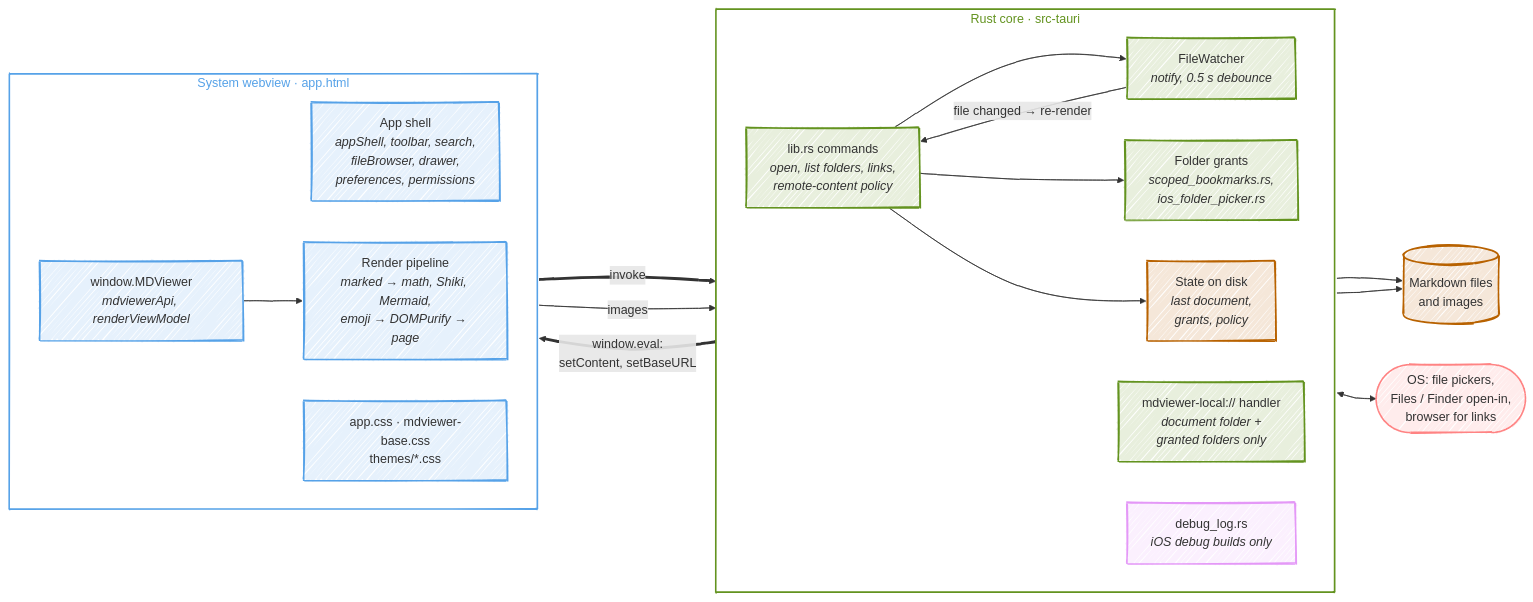
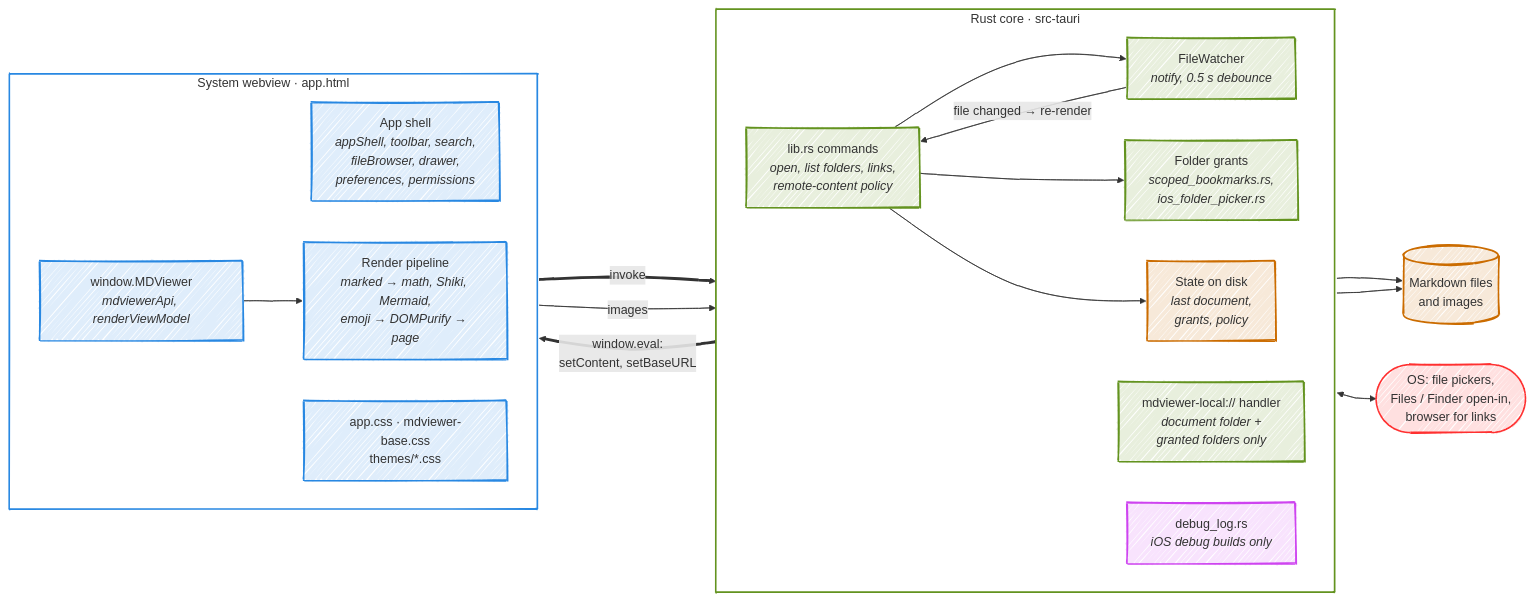
Before and after one commit to devicemanager/mdviewer: the first of 3 diagrams in docs/development/architecture.md, drawn with Mermaid. The commit also changed other lines of this file and 4 other files, not shown here.

First line of the commit message:
Make the doc diagrams readable in every theme, and test it

````diff
--- a/docs/development/architecture.md
+++ b/docs/development/architecture.md
@@ -21,53 +21,53 @@
 ```mermaid
 ---
 config:
   look: handDrawn
   fontFamily: "Comic Sans MS, Chalkboard SE, Segoe Print, cursive"
 ---
 flowchart LR
     subgraph rust["Rust core · src-tauri"]
         direction LR
         cmds["lib.rs commands<br/><i>open, list folders, links,<br/>remote-content policy</i>"]
         scheme["mdviewer-local:// handler<br/><i>document folder +<br/>granted folders only</i>"]
         watcher["FileWatcher<br/><i>notify, 0.5 s debounce</i>"]
         grants["Folder grants<br/><i>scoped_bookmarks.rs,<br/>ios_folder_picker.rs</i>"]
         state["State on disk<br/><i>last document,<br/>grants, policy</i>"]
         dbg["debug_log.rs<br/><i>iOS debug builds only</i>"]
     end
 
     subgraph page["System webview · app.html"]
         direction LR
         shell["App shell<br/><i>appShell, toolbar, search,<br/>fileBrowser, drawer,<br/>preferences, permissions</i>"]
         api["window.MDViewer<br/><i>mdviewerApi, renderViewModel</i>"]
         pipeline["Render pipeline<br/><i>marked → math, Shiki, Mermaid,<br/>emoji → DOMPurify → page</i>"]
         styles["app.css · mdviewer-base.css<br/>themes/*.css"]
     end
 
     os(["OS: file pickers,<br/>Files / Finder open-in,<br/>browser for links"])
     disk[("Markdown files<br/>and images")]
 
     shell ==>|"invoke"| cmds
     cmds ==>|"window.eval:<br/>setContent, setBaseURL"| api
     api --> pipeline
     page -->|"images"| scheme
     cmds --> watcher
     cmds --> grants
     cmds --> state
     watcher -->|"file changed → re-render"| cmds
     scheme --> disk
     cmds --> disk
     cmds <--> os
 
-    classDef web fill:#56a2e826,stroke:#56a2e8,stroke-width:2px
+    classDef web fill:#2888e226,stroke:#2888e2,stroke-width:2px
     classDef core fill:#63931f26,stroke:#63931f,stroke-width:2px
-    classDef ext fill:#ff838326,stroke:#ff8383,stroke-width:2px
-    classDef store fill:#b8620026,stroke:#b86200,stroke-width:2px
-    classDef debug fill:#e498f726,stroke:#e498f7,stroke-width:2px
+    classDef ext fill:#ff303026,stroke:#ff3030,stroke-width:2px
+    classDef store fill:#cb6c0026,stroke:#cb6c00,stroke-width:2px
+    classDef debug fill:#ce44f026,stroke:#ce44f0,stroke-width:2px
     class shell,api,pipeline,styles web
     class cmds,scheme,watcher,grants core
     class state,disk store
     class os ext
     class dbg debug
-    style rust fill:none,stroke:#63931f,color:#63931f,stroke-width:2px
-    style page fill:none,stroke:#56a2e8,color:#56a2e8,stroke-width:2px
+    style rust fill:none,stroke:#63931f,stroke-width:2px
+    style page fill:none,stroke:#2888e2,stroke-width:2px
 ```
````
